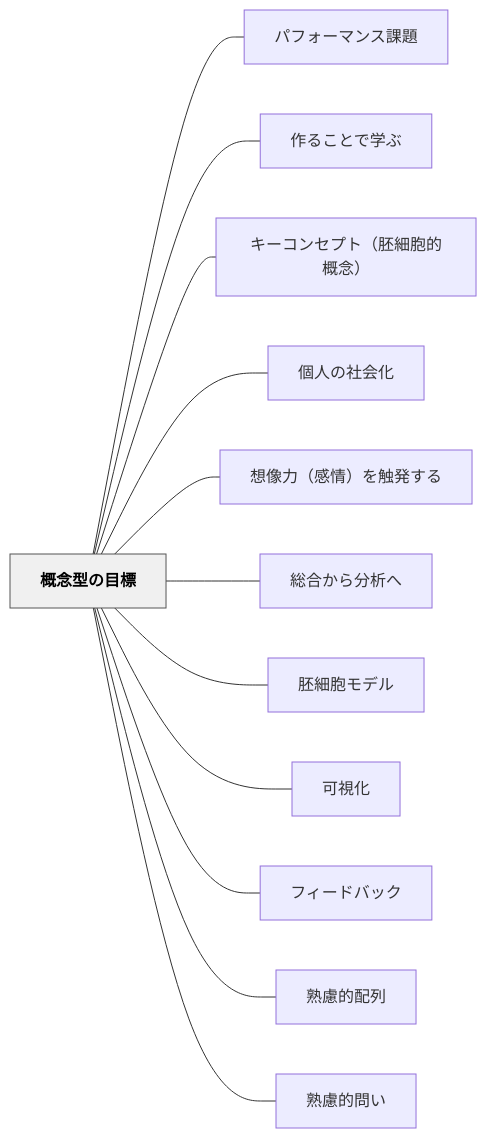
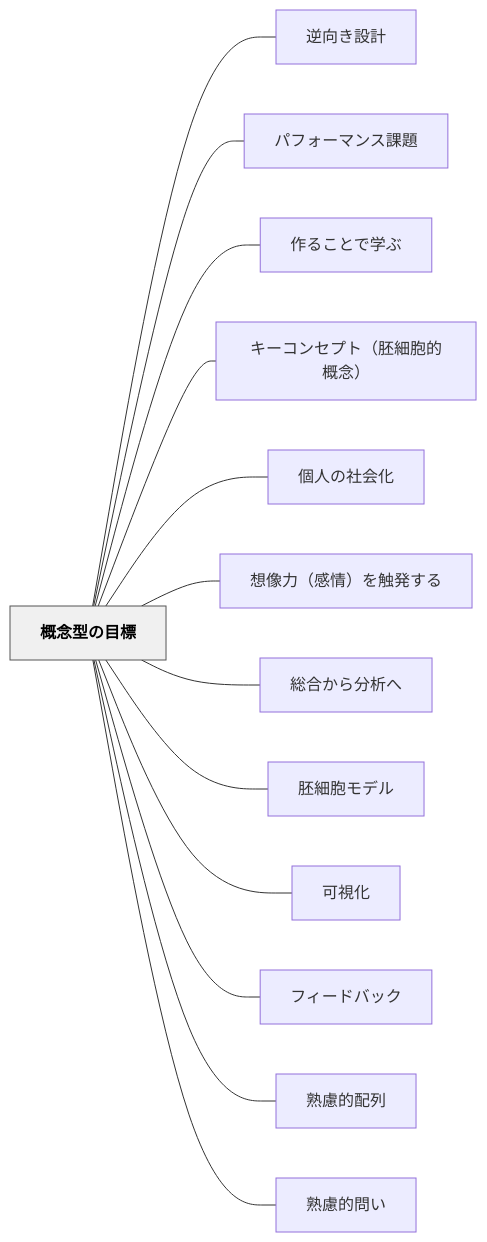
Before and after one commit to unknownthings-ed-patterns/unknownthings-ed-patterns: the diagram in content/パタン/概念型の目標.md, drawn with Mermaid. The commit also changed other lines of this file and 47 other files, not shown here.

````diff
--- a/content/パタン/概念型の目標.md
+++ b/content/パタン/概念型の目標.md
@@ -153,30 +154,32 @@
 ```mermaid
 flowchart LR
     ne6a682e5bfb5e59e8be381aee79baee6a899["概念型の目標"]
+    ne98086e59091e3818de8a8ade8a888["逆向き設計"]
     ne38391e38395e382a9e383bce3839ee383b3e382b9e8aab2e9a18c["パフォーマンス課題"]
     ne4bd9ce3828be38193e381a8e381a7e5ada6e381b6["作ることで学ぶ"]
     ne382ade383bce382b3e383b3e382bbe38397e38388efbc88e8839ae7b4b0e8839ee79a84e6a682e5bfb5efbc89["キーコンセプト（胚細胞的概念）"]
     ne5808be4babae381aee7a4bee4bc9ae58c96["個人の社会化"]
     ne683b3e5838fe58a9befbc88e6849fe68385efbc89e38292e8a7a6e799bae38199e3828b["想像力（感情）を触発する"]
     ne7b78fe59088e3818be38289e58886e69e90e381b8["総合から分析へ"]
     ne8839ae7b4b0e8839ee383a2e38387e383ab["胚細胞モデル"]
     ne58fafe8a696e58c96["可視化"]
     ne38395e382a3e383bce38389e38390e38383e382af["フィードバック"]
     ne7869fe685aee79a84e9858de58897["熟慮的配列"]
     ne7869fe685aee79a84e5958fe38184["熟慮的問い"]
 
+    ne6a682e5bfb5e59e8be381aee79baee6a899 --- ne98086e59091e3818de8a8ade8a888
     ne6a682e5bfb5e59e8be381aee79baee6a899 --- ne38391e38395e382a9e383bce3839ee383b3e382b9e8aab2e9a18c
     ne6a682e5bfb5e59e8be381aee79baee6a899 --- ne4bd9ce3828be38193e381a8e381a7e5ada6e381b6
     ne6a682e5bfb5e59e8be381aee79baee6a899 --- ne382ade383bce382b3e383b3e382bbe38397e38388efbc88e8839ae7b4b0e8839ee79a84e6a682e5bfb5efbc89
     ne6a682e5bfb5e59e8be381aee79baee6a899 --- ne5808be4babae381aee7a4bee4bc9ae58c96
     ne6a682e5bfb5e59e8be381aee79baee6a899 --- ne683b3e5838fe58a9befbc88e6849fe68385efbc89e38292e8a7a6e799bae38199e3828b
     ne6a682e5bfb5e59e8be381aee79baee6a899 --- ne7b78fe59088e3818be38289e58886e69e90e381b8
     ne6a682e5bfb5e59e8be381aee79baee6a899 --- ne8839ae7b4b0e8839ee383a2e38387e383ab
     ne6a682e5bfb5e59e8be381aee79baee6a899 --- ne58fafe8a696e58c96
     ne6a682e5bfb5e59e8be381aee79baee6a899 --- ne38395e382a3e383bce38389e38390e38383e382af
     ne6a682e5bfb5e59e8be381aee79baee6a899 --- ne7869fe685aee79a84e9858de58897
     ne6a682e5bfb5e59e8be381aee79baee6a899 --- ne7869fe685aee79a84e5958fe38184
 
     classDef hub fill:#f0f0f0,stroke:#555,color:#000,font-weight:bold
     class ne6a682e5bfb5e59e8be381aee79baee6a899 hub
 ```
````
